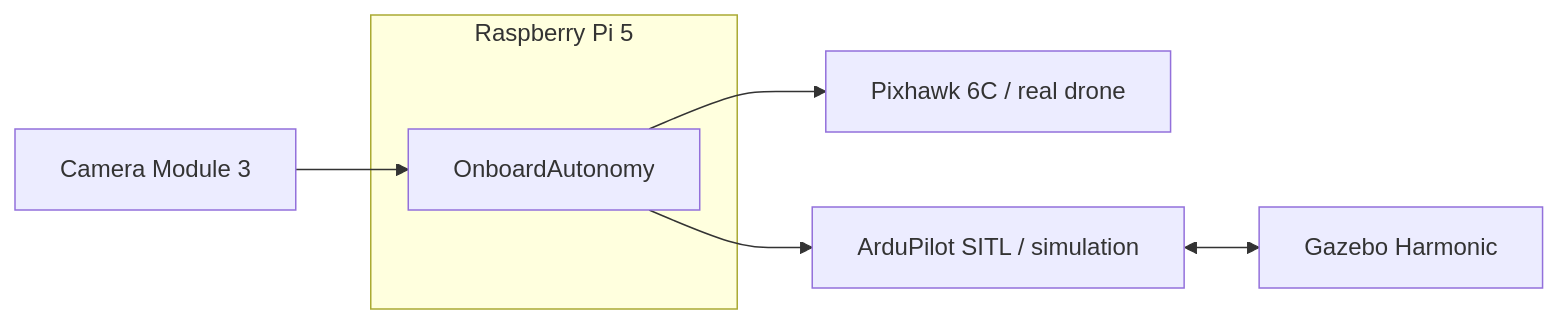
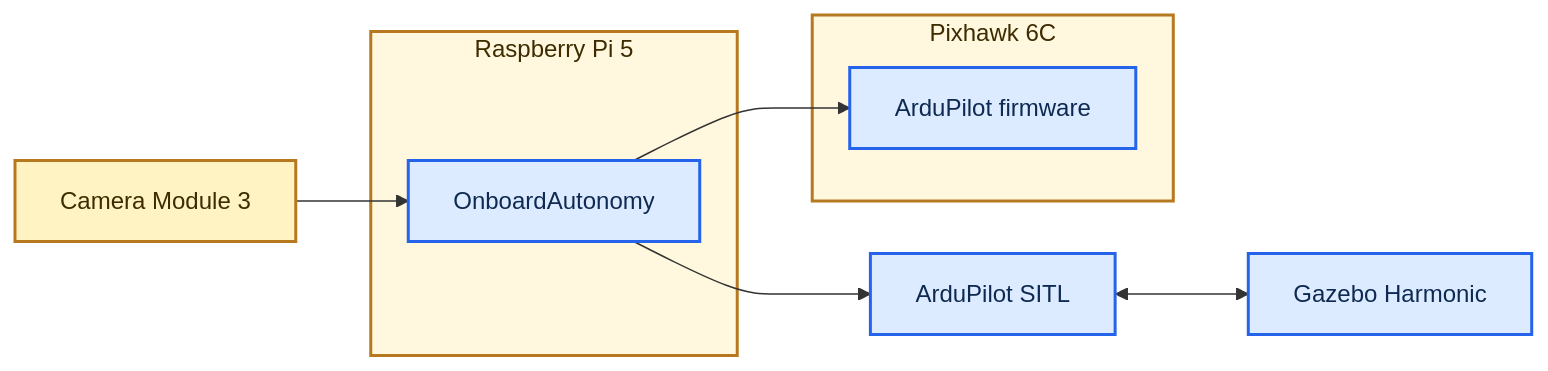
Before and after one commit to matemink/CompanionLab: the diagram in README.md, drawn with Mermaid. The commit also changed other lines of this file, not shown here.

Commit message:
Distinguish hardware and software in system overview (#8)

````diff
--- a/README.md
+++ b/README.md
@@ -19,10 +19,24 @@
 ```mermaid
 flowchart LR
+    Camera["Camera Module 3"]
+
     subgraph Pi["Raspberry Pi 5"]
         Runtime["OnboardAutonomy"]
     end
-    Camera["Camera Module 3"] --> Runtime
-    Runtime --> Pixhawk["Pixhawk 6C / real drone"]
-    Runtime --> SITL["ArduPilot SITL / simulation"]
+
+    subgraph FC["Pixhawk 6C"]
+        Firmware["ArduPilot firmware"]
+    end
+
+    Camera --> Runtime
+    Runtime --> Firmware
+    Runtime --> SITL["ArduPilot SITL"]
     SITL <--> Gazebo["Gazebo Harmonic"]
+
+    classDef hardware fill:#FFF3C4,stroke:#B7791F,color:#3D2C00,stroke-width:2px
+    classDef software fill:#DCEBFF,stroke:#2563EB,color:#0F2A52,stroke-width:2px
+    class Camera hardware
+    class Runtime,Firmware,SITL,Gazebo software
+    style Pi fill:#FFF8DE,stroke:#B7791F,stroke-width:2px,color:#3D2C00
+    style FC fill:#FFF8DE,stroke:#B7791F,stroke-width:2px,color:#3D2C00
 ```
````
